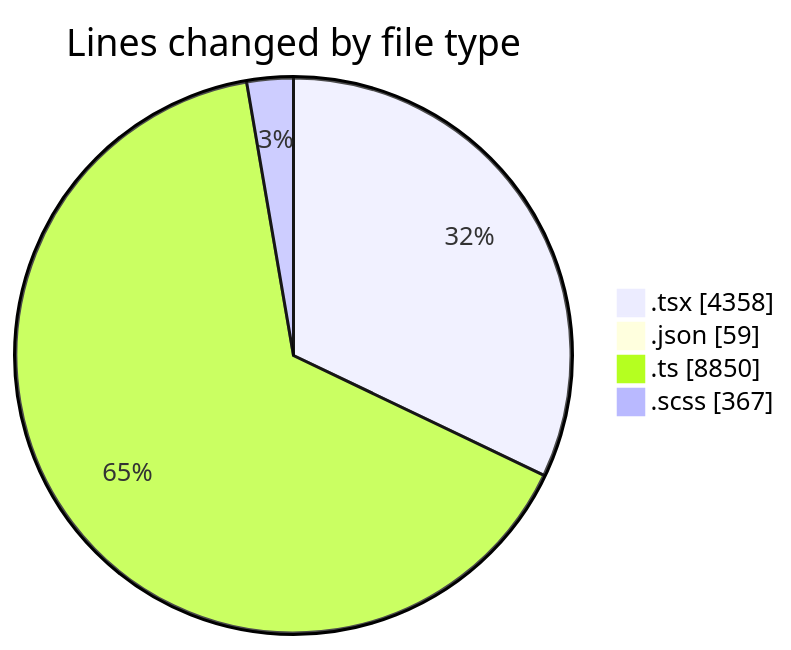
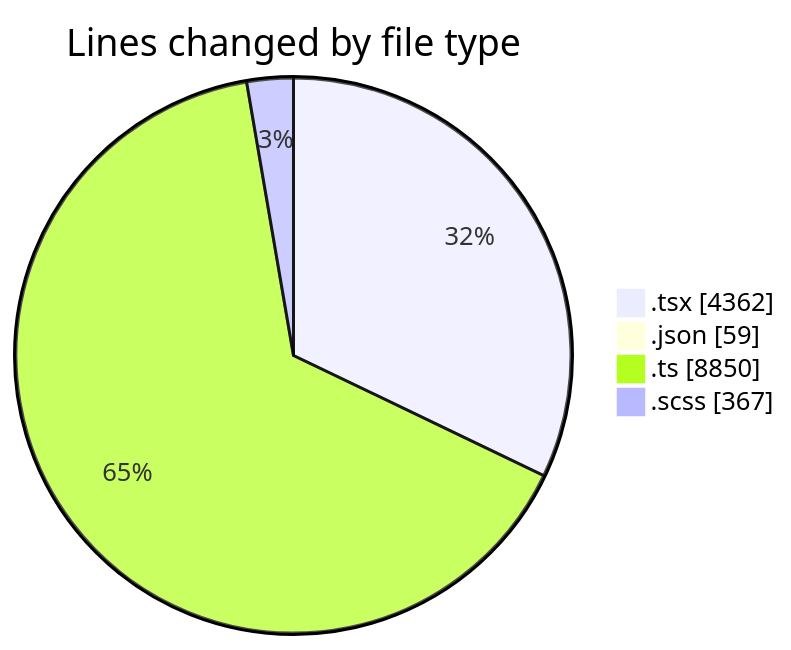
The first of 2 diagrams in 2025-11-24/cda/README.md (momahboobian/code-tracking), drawn with Mermaid before and after one commit. The commit also changed other lines of this file and 1 other file, not shown here.

````diff
--- a/2025-11-24/cda/README.md
+++ b/2025-11-24/cda/README.md
@@ -36,8 +36,8 @@
 ```mermaid
 pie showData
 title Lines changed by file type
-".tsx" : 4358
+".tsx" : 4362
 ".json" : 59
 ".ts" : 8850
 ".scss" : 367
 ```
````
